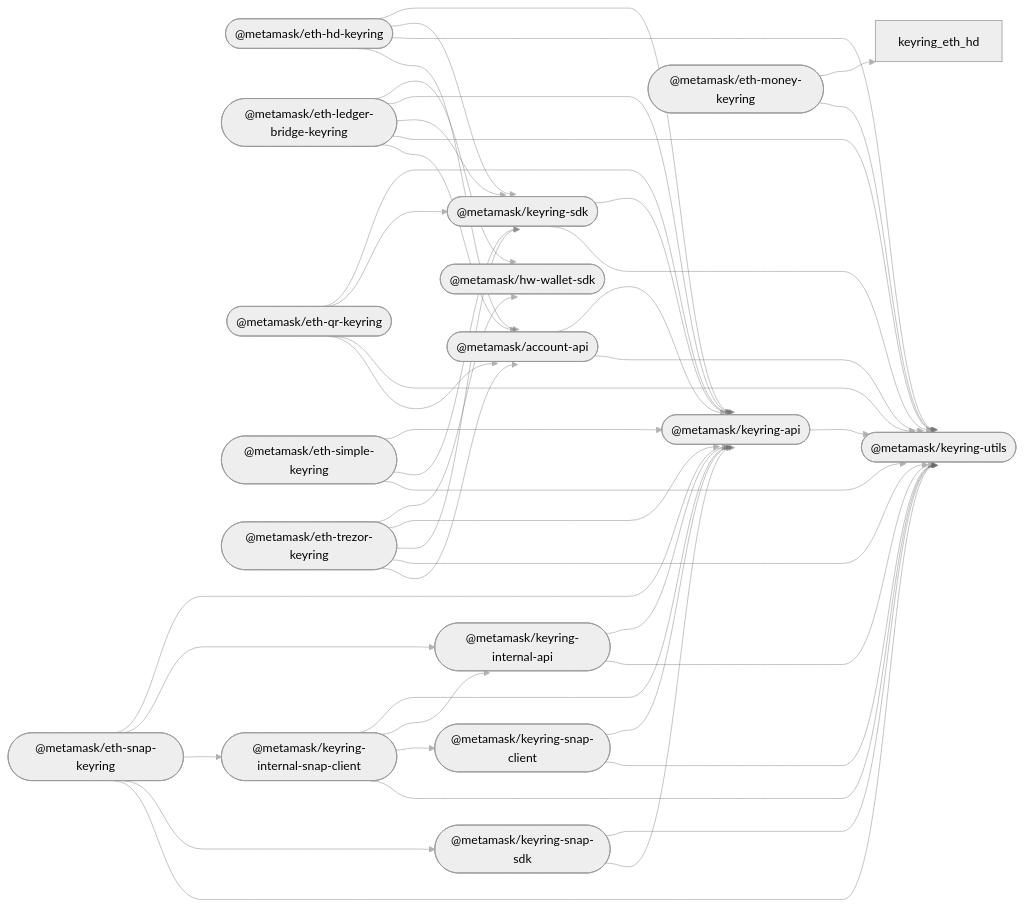
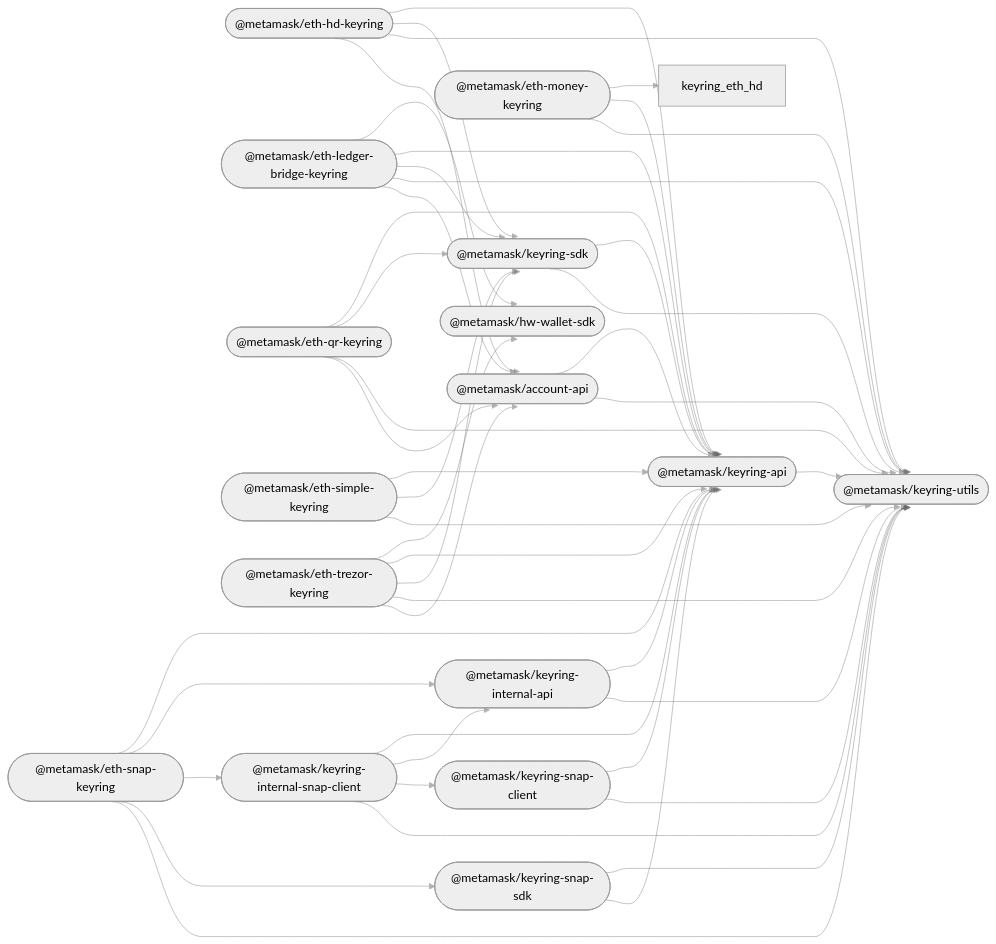
Before and after one commit to MetaMask/accounts: the diagram in README.md, drawn with Mermaid (neutral theme).

````diff
--- a/README.md
+++ b/README.md
@@ -38,64 +38,65 @@
 ```mermaid
 %%{ init: { 'flowchart': { 'curve': 'bumpX' } } }%%
 graph LR;
 linkStyle default opacity:0.5
   account_api(["@metamask/account-api"]);
   hw_wallet_sdk(["@metamask/hw-wallet-sdk"]);
   keyring_api(["@metamask/keyring-api"]);
   eth_hd_keyring(["@metamask/eth-hd-keyring"]);
   eth_ledger_bridge_keyring(["@metamask/eth-ledger-bridge-keyring"]);
   eth_money_keyring(["@metamask/eth-money-keyring"]);
   eth_qr_keyring(["@metamask/eth-qr-keyring"]);
   eth_simple_keyring(["@metamask/eth-simple-keyring"]);
   eth_trezor_keyring(["@metamask/eth-trezor-keyring"]);
   keyring_internal_api(["@metamask/keyring-internal-api"]);
   keyring_internal_snap_client(["@metamask/keyring-internal-snap-client"]);
   keyring_sdk(["@metamask/keyring-sdk"]);
   eth_snap_keyring(["@metamask/eth-snap-keyring"]);
   keyring_snap_client(["@metamask/keyring-snap-client"]);
   keyring_snap_sdk(["@metamask/keyring-snap-sdk"]);
   keyring_utils(["@metamask/keyring-utils"]);
   account_api --> keyring_api;
   account_api --> keyring_utils;
   keyring_api --> keyring_utils;
   eth_hd_keyring --> keyring_api;
   eth_hd_keyring --> keyring_sdk;
   eth_hd_keyring --> keyring_utils;
   eth_hd_keyring --> account_api;
   eth_ledger_bridge_keyring --> hw_wallet_sdk;
   eth_ledger_bridge_keyring --> keyring_api;
   eth_ledger_bridge_keyring --> keyring_sdk;
   eth_ledger_bridge_keyring --> keyring_utils;
   eth_ledger_bridge_keyring --> account_api;
   eth_money_keyring --> keyring_eth_hd;
+  eth_money_keyring --> keyring_api;
   eth_money_keyring --> keyring_utils;
   eth_qr_keyring --> keyring_api;
   eth_qr_keyring --> keyring_sdk;
   eth_qr_keyring --> keyring_utils;
   eth_qr_keyring --> account_api;
   eth_simple_keyring --> keyring_api;
   eth_simple_keyring --> keyring_sdk;
   eth_simple_keyring --> keyring_utils;
   eth_trezor_keyring --> hw_wallet_sdk;
   eth_trezor_keyring --> keyring_api;
   eth_trezor_keyring --> keyring_sdk;
   eth_trezor_keyring --> keyring_utils;
   eth_trezor_keyring --> account_api;
   keyring_internal_api --> keyring_api;
   keyring_internal_api --> keyring_utils;
   keyring_internal_snap_client --> keyring_api;
   keyring_internal_snap_client --> keyring_internal_api;
   keyring_internal_snap_client --> keyring_snap_client;
   keyring_internal_snap_client --> keyring_utils;
   keyring_sdk --> keyring_api;
   keyring_sdk --> keyring_utils;
   eth_snap_keyring --> keyring_api;
   eth_snap_keyring --> keyring_internal_api;
   eth_snap_keyring --> keyring_internal_snap_client;
   eth_snap_keyring --> keyring_snap_sdk;
   eth_snap_keyring --> keyring_utils;
   keyring_snap_client --> keyring_api;
   keyring_snap_client --> keyring_utils;
   keyring_snap_sdk --> keyring_utils;
   keyring_snap_sdk --> keyring_api;
 ```
````
